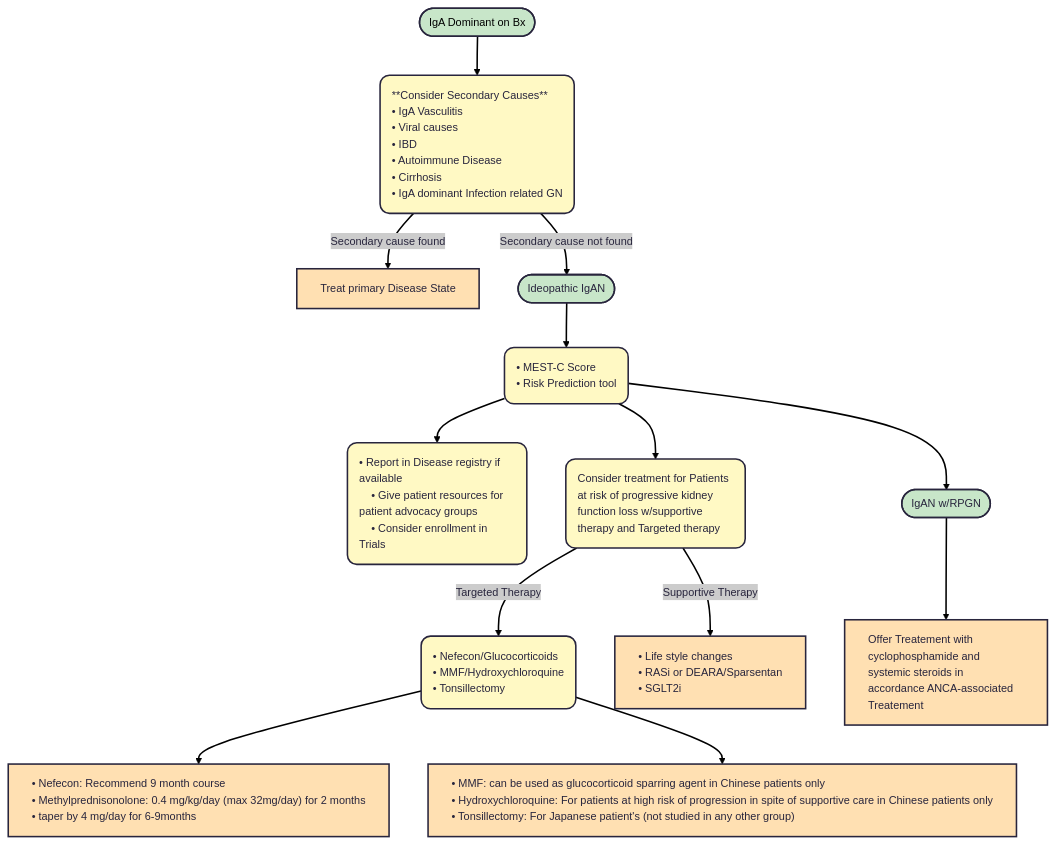
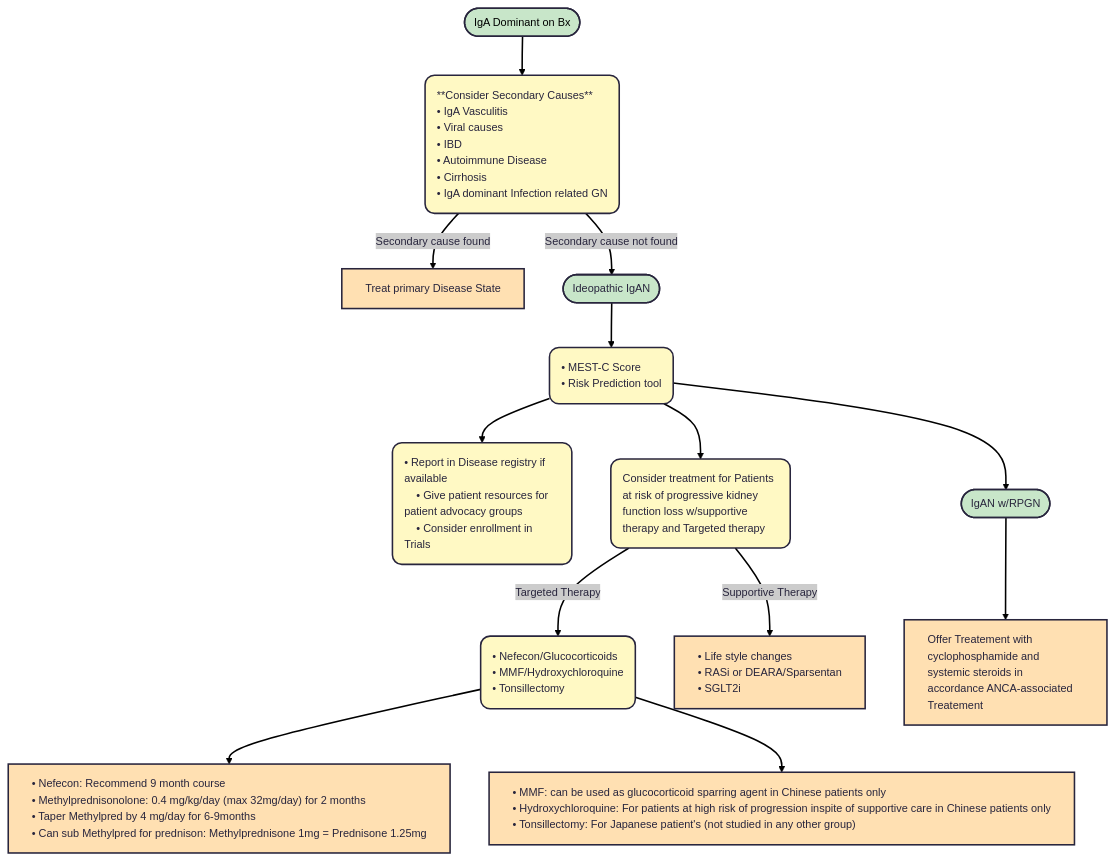
The diagram in docs/IGAN.md (TTUNEPH2025/GN), drawn with Mermaid before and after one commit.

````diff
--- a/docs/IGAN.md
+++ b/docs/IGAN.md
@@ -69,51 +69,52 @@
 ```mermaid
 ---
 config:
   theme: redux
 ---
 flowchart TD
     A(["IgA Dominant on Bx"]) --> n1["**Consider Secondary Causes**
     • IgA Vasculitis
     • Viral causes
     • IBD
     • Autoimmune Disease
     • Cirrhosis 
     • IgA dominant Infection related GN"]
     n1 -- Secondary cause found --> n2["Treat primary Disease State"]
     n1 -- Secondary cause not found --> n3(["Ideopathic IgAN"])
     n3 --> n4["• MEST-C Score
     • Risk Prediction tool"]
     n4 --> n5["• Report in Disease registry if available
     • Give patient resources for patient advocacy groups
     • Consider enrollment in Trials"] & n6["Consider treatment for Patients at risk of progressive kidney function loss w/supportive therapy and Targeted therapy"] & n9(["IgAN w/RPGN"])
     n6 -- Targeted Therapy --> n7["• Nefecon/Glucocorticoids
     • MMF/Hydroxychloroquine
     • Tonsillectomy"]
     n6 -- Supportive Therapy --> n8["• Life style changes
     • RASi or DEARA/Sparsentan
     • SGLT2i"]
     n9 --> n10["Offer Treatement with cyclophosphamide and systemic steroids in accordance ANCA-associated Treatement"]
     n7 --> n11["• Nefecon: Recommend 9 month course
     • Methylprednisonolone: 0.4 mg/kg/day (max 32mg/day) for 2 months
- • taper by 4 mg/day for 6-9months"] & n12@{ label: "• MMF: can be used as glucocorticoid sparring agent in Chinese patients only\n    • Hydroxychloroquine: For patients at high risk of progression in spite of supportive care in Chinese patients only\n    • Tonsillectomy: For Japanese patient's (not studied in any other group)" }
+ • Taper Methylpred by 4 mg/day for 6-9months
+• Can sub Methylpred for prednison: Methylprednisone 1mg = Prednisone 1.25mg"] & n12@{ label: "• MMF: can be used as glucocorticoid sparring agent in Chinese patients only\n    • Hydroxychloroquine: For patients at high risk of progression inspite of supportive care in Chinese patients only\n    • Tonsillectomy: For Japanese patient's (not studied in any other group)" }
     n1@{ shape: rounded}
     n4@{ shape: rounded}
     n5@{ shape: rounded}
     n6@{ shape: rounded}
     n7@{ shape: rounded}
     n8@{ shape: rect}
     n12@{ shape: rect}
     style A fill:#C8E6C9,color:#000000
     style n1 fill:#FFF9C4,text-align:left,white-space:nowrap
     style n2 fill:#FFE0B2,text-align:left
     style n3 fill:#C8E6C9,text-align:left
     style n4 fill:#FFF9C4,text-align:left
     style n5 fill:#FFF9C4,text-align:left
     style n6 fill:#FFF9C4,text-align:left
     style n9 fill:#C8E6C9,text-align:left
     style n7 fill:#FFF9C4,text-align:left,white-space:nowrap
     style n8 fill:#FFE0B2,text-align:left,white-space:nowrap
     style n10 fill:#FFE0B2,text-align:left
     style n11 fill:#FFE0B2,text-align:left,white-space:nowrap
     style n12 fill:#FFE0B2,text-align:left,white-space:nowrap
 ```
````
